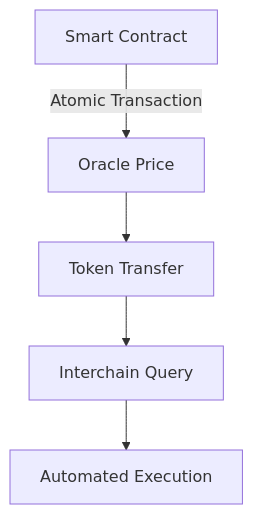
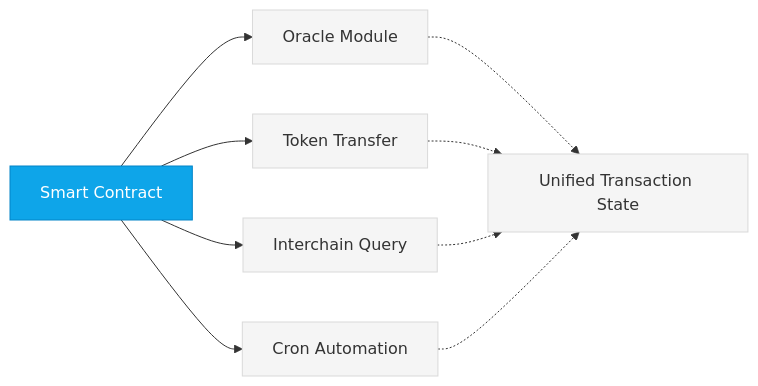
One commit to clydenewt/docs changed the diagram in concepts/integrated-architecture.mdx. Above: the diagram before and after it, drawn with Mermaid. The commit also changed other lines of this file and 856 other files, not shown here.

````diff
--- a/concepts/integrated-architecture.mdx
+++ b/concepts/integrated-architecture.mdx
@@ -52,7 +62,14 @@
 ```mermaid
-graph TD
-    A[Smart Contract] -->|Atomic Transaction| B[Oracle Price]
-    B --> C[Token Transfer]
-    C --> D[Interchain Query]
-    D --> E[Automated Execution]
+graph LR
+  A[Smart Contract] --> B[Oracle Module]
+  A --> C[Token Transfer]
+  A --> D[Interchain Query]
+  A --> E[Cron Automation]
+  
+  B & C & D & E -.-> F[Unified Transaction State]
+  
+  classDef default fill:#f5f5f5,stroke:#d9d9d9,color:#333
+  classDef contract fill:#0ea5e9,stroke:#0284c7,color:white
+  
+  class A contract
 ```
````
